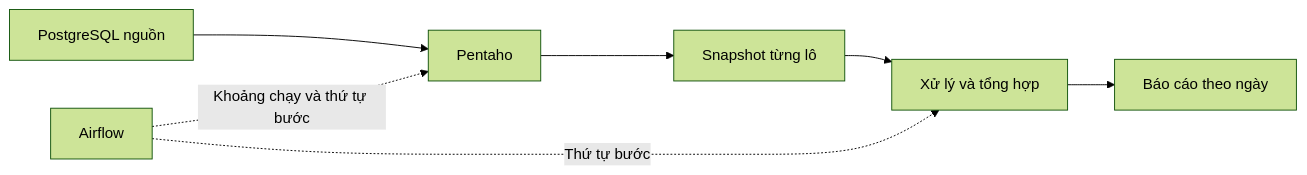
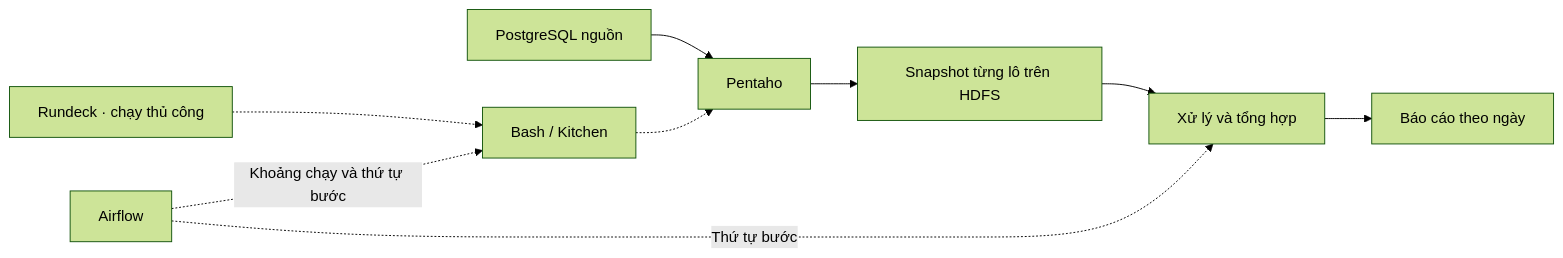
One commit to AnhTaizz/Wallet-Transaction-Pipeline changed the diagram in docs/ARCHITECTURE.md. Above: the diagram before and after it, drawn with Mermaid (forest theme). The commit also changed other lines of this file and 14 other files, not shown here.

````diff
--- a/docs/ARCHITECTURE.md
+++ b/docs/ARCHITECTURE.md
@@ -5,9 +5,11 @@
 ```mermaid
 flowchart LR
     pg["PostgreSQL nguồn"] --> pdi["Pentaho"]
-    pdi --> stage["Snapshot từng lô"]
+    rundeck["Rundeck · chạy thủ công"] -.-> bash["Bash / Kitchen"]
+    bash -.-> pdi
+    pdi --> stage["Snapshot từng lô trên HDFS"]
     stage --> spark["Xử lý và tổng hợp"]
     spark --> report["Báo cáo theo ngày"]
-    airflow["Airflow"] -.->|Khoảng chạy và thứ tự bước| pdi
+    airflow["Airflow"] -.->|Khoảng chạy và thứ tự bước| bash
     airflow -.->|Thứ tự bước| spark
 ```
````
